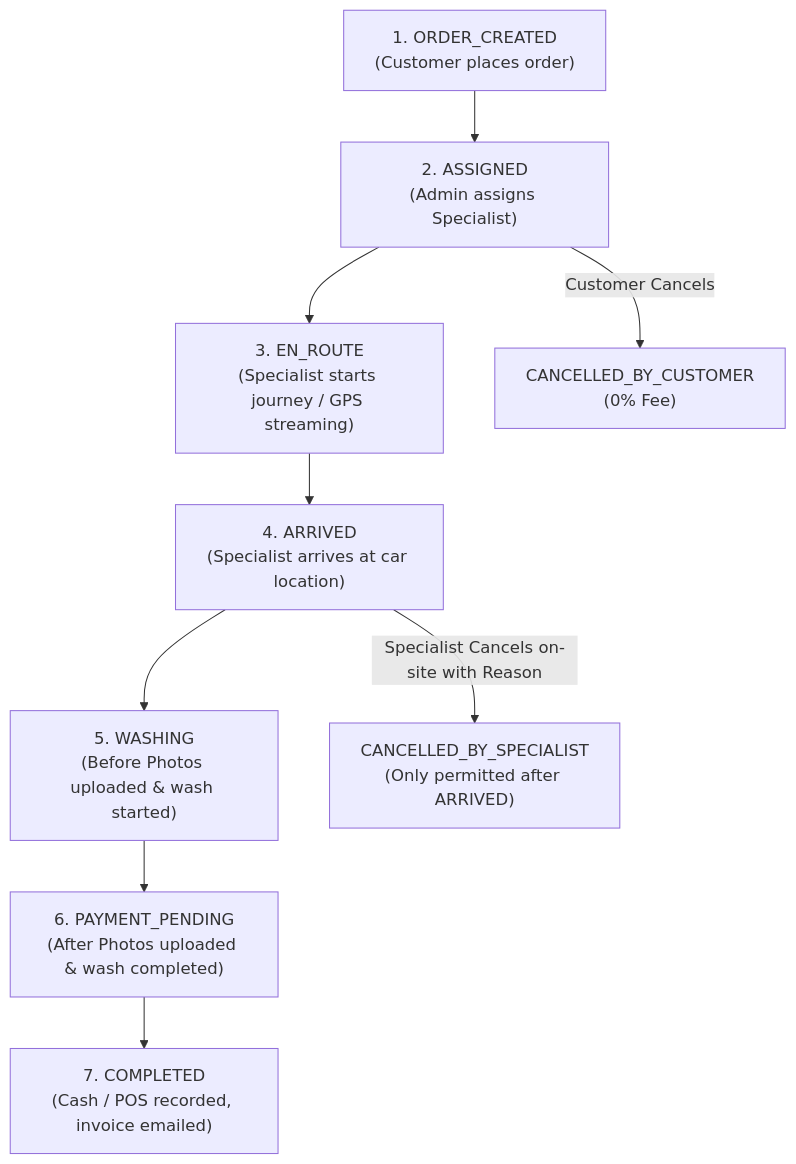
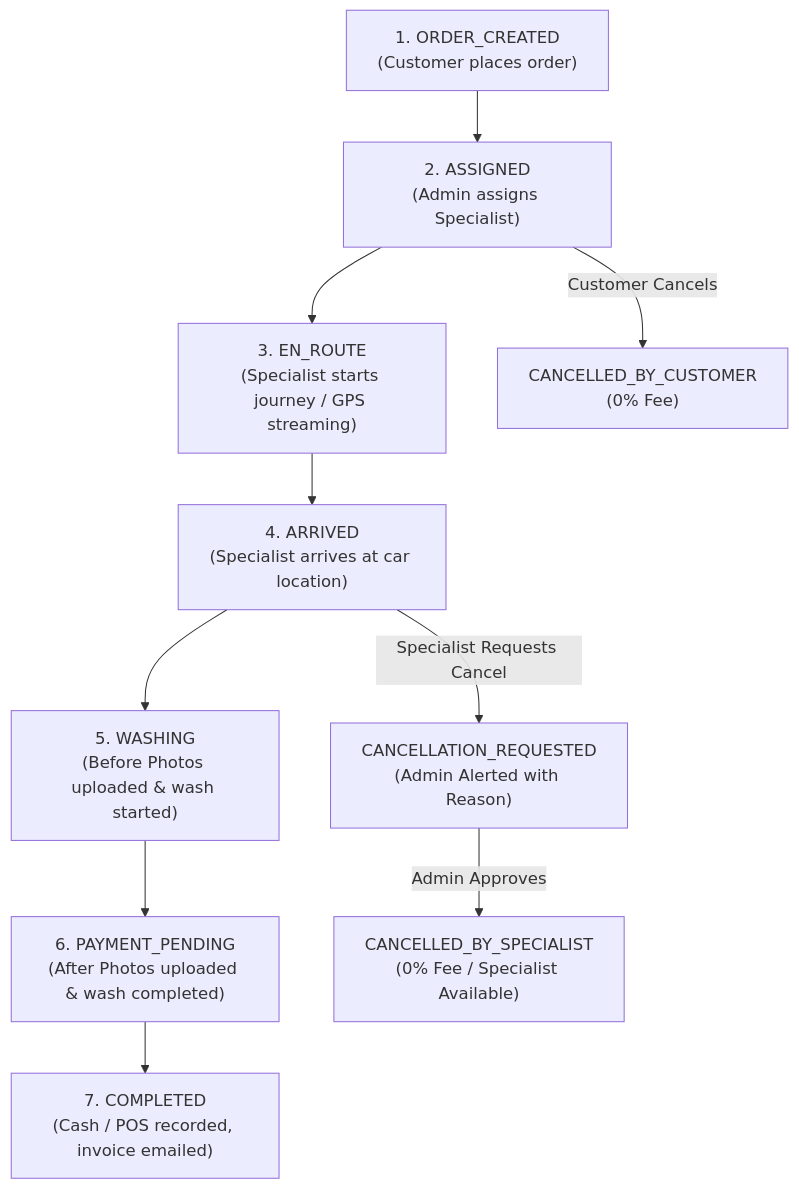
The third of 3 diagrams in docs/business/ordering-scheduling.md (fsdevriver/800-doc), drawn with Mermaid before and after one commit. The commit also changed 6 other files, not shown here.

Commit message:
feat: implement Admin cancellation approval workflow for on-site specialist requests

````diff
--- a/docs/business/ordering-scheduling.md
+++ b/docs/business/ordering-scheduling.md
@@ -76,12 +76,13 @@
 ```mermaid
 graph TD
     OC["1. ORDER_CREATED<br/>(Customer places order)"] --> AS["2. ASSIGNED<br/>(Admin assigns Specialist)"]
     AS --> ER["3. EN_ROUTE<br/>(Specialist starts journey / GPS streaming)"]
     ER --> AR["4. ARRIVED<br/>(Specialist arrives at car location)"]
     AR --> WS["5. WASHING<br/>(Before Photos uploaded & wash started)"]
     WS --> PP["6. PAYMENT_PENDING<br/>(After Photos uploaded & wash completed)"]
     PP --> CP["7. COMPLETED<br/>(Cash / POS recorded, invoice emailed)"]
 
     AS -->|Customer Cancels| CC["CANCELLED_BY_CUSTOMER<br/>(0% Fee)"]
-    AR -->|Specialist Cancels on-site with Reason| CS["CANCELLED_BY_SPECIALIST<br/>(Only permitted after ARRIVED)"]
+    AR -->|Specialist Requests Cancel| CR["CANCELLATION_REQUESTED<br/>(Admin Alerted with Reason)"]
+    CR -->|Admin Approves| CS["CANCELLED_BY_SPECIALIST<br/>(0% Fee / Specialist Available)"]
 ```
````
